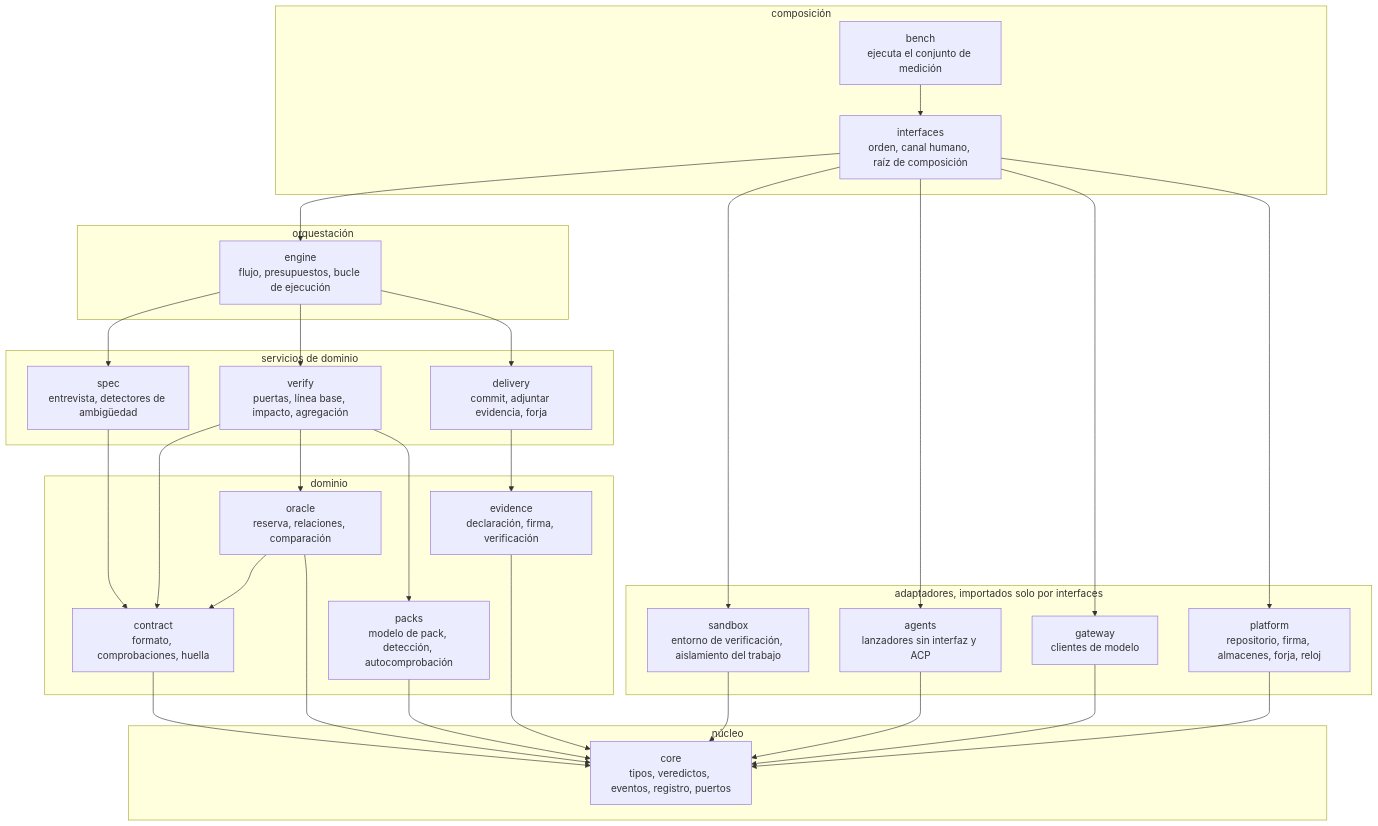
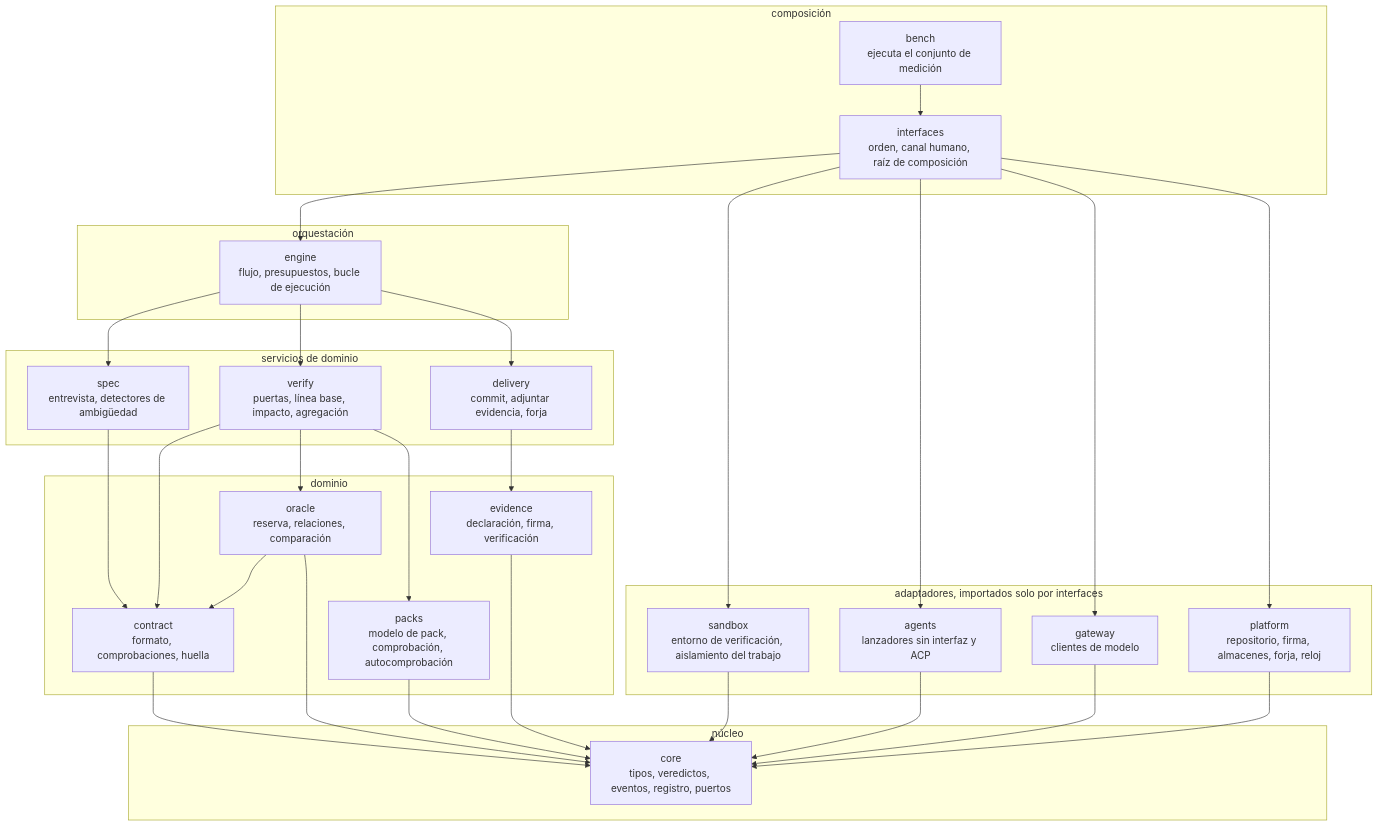
The diagram in docs/architecture/02-modules.es.md (rafaranaz/raclab-dokime), drawn with Mermaid before and after one commit. The commit also changed other lines of this file and 5 other files, not shown here.

````diff
--- a/docs/architecture/02-modules.es.md
+++ b/docs/architecture/02-modules.es.md
@@ -8,54 +8,54 @@
 ```mermaid
 flowchart TB
     subgraph L4["composición"]
         interfaces["interfaces<br/>orden, canal humano, raíz de composición"]
         bench["bench<br/>ejecuta el conjunto de medición"]
     end
     subgraph L3["orquestación"]
         engine["engine<br/>flujo, presupuestos, bucle de ejecución"]
     end
     subgraph L2["servicios de dominio"]
         spec["spec<br/>entrevista, detectores de ambigüedad"]
         verify["verify<br/>puertas, línea base, impacto, agregación"]
         delivery["delivery<br/>commit, adjuntar evidencia, forja"]
     end
     subgraph L1["dominio"]
         contract["contract<br/>formato, comprobaciones, huella"]
         oracle["oracle<br/>reserva, relaciones, comparación"]
         evidence["evidence<br/>declaración, firma, verificación"]
-        packs["packs<br/>modelo de pack, detección, autocomprobación"]
+        packs["packs<br/>modelo de pack, comprobación, autocomprobación"]
     end
     subgraph L0["núcleo"]
         core["core<br/>tipos, veredictos, eventos, registro, puertos"]
     end
     subgraph AD["adaptadores, importados solo por interfaces"]
         sandbox["sandbox<br/>entorno de verificación, aislamiento del trabajo"]
         agents["agents<br/>lanzadores sin interfaz y ACP"]
         gateway["gateway<br/>clientes de modelo"]
         platform["platform<br/>repositorio, firma, almacenes, forja, reloj"]
     end
 
     interfaces --> engine
     bench --> interfaces
     engine --> spec
     engine --> verify
     engine --> delivery
     spec --> contract
     verify --> contract
     verify --> oracle
     verify --> packs
     delivery --> evidence
     oracle --> contract
     contract --> core
     oracle --> core
     evidence --> core
     packs --> core
     interfaces --> sandbox
     interfaces --> agents
     interfaces --> gateway
     interfaces --> platform
     sandbox --> core
     agents --> core
     gateway --> core
     platform --> core
 ```
````
